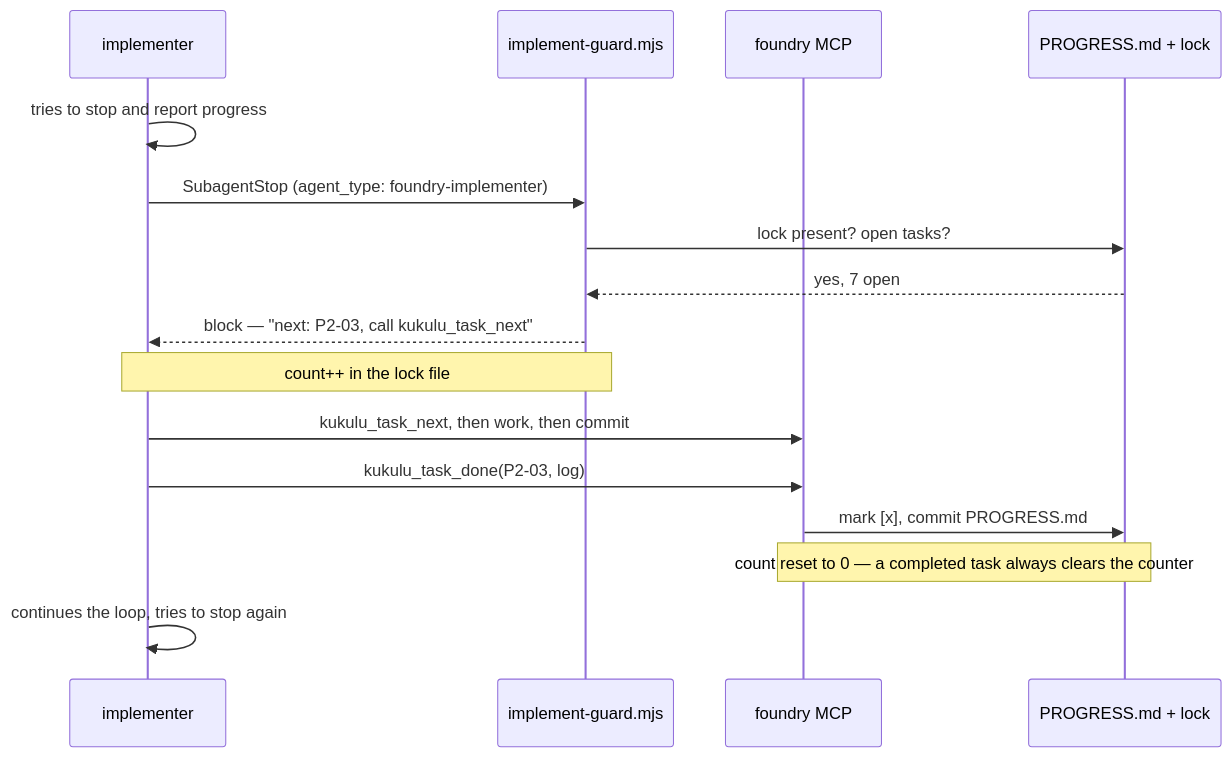
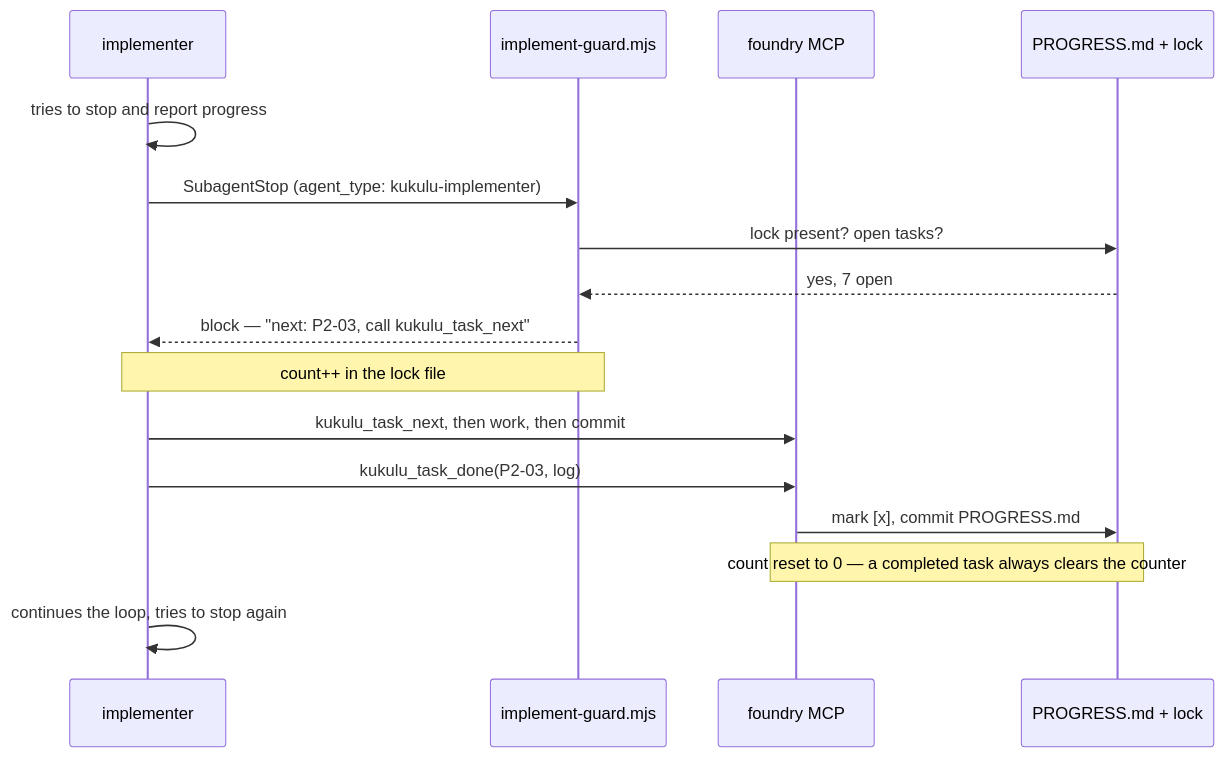
Before and after one commit to DisplaceTech/kukulu: the fourth of 4 diagrams in docs/architecture.md, drawn with Mermaid. The commit also changed other lines of this file and 18 other files, not shown here.

````diff
--- a/docs/architecture.md
+++ b/docs/architecture.md
@@ -240,19 +240,19 @@
 ```mermaid
 sequenceDiagram
     participant IMP as implementer
     participant HOOK as implement-guard.mjs
     participant MCP as foundry MCP
     participant DISK as PROGRESS.md + lock
 
     IMP->>IMP: tries to stop and report progress
-    IMP->>HOOK: SubagentStop (agent_type: foundry-implementer)
+    IMP->>HOOK: SubagentStop (agent_type: kukulu-implementer)
     HOOK->>DISK: lock present? open tasks?
     DISK-->>HOOK: yes, 7 open
     HOOK-->>IMP: block — "next: P2-03, call kukulu_task_next"
     Note over IMP,HOOK: count++ in the lock file
     IMP->>MCP: kukulu_task_next, then work, then commit
     IMP->>MCP: kukulu_task_done(P2-03, log)
     MCP->>DISK: mark [x], commit PROGRESS.md
     Note over MCP,DISK: count reset to 0 — a completed task always clears the counter
     IMP->>IMP: continues the loop, tries to stop again
 ```
````
